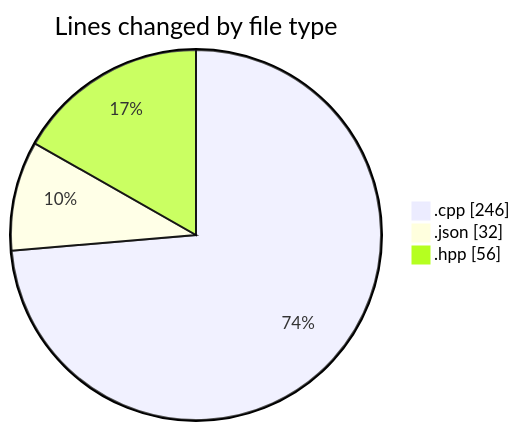
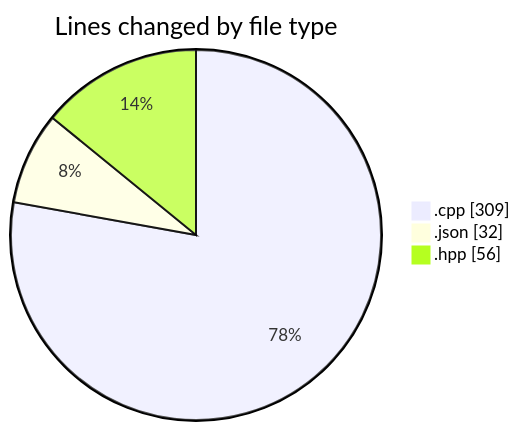
The first of 2 diagrams in 2025-04-28/date/README.md (Netris89/code-tracking), drawn with Mermaid before and after one commit. The commit also changed other lines of this file and 1 other file, not shown here.

````diff
--- a/2025-04-28/date/README.md
+++ b/2025-04-28/date/README.md
@@ -22,7 +22,7 @@
 ```mermaid
 pie showData
 title Lines changed by file type
-".cpp" : 246
+".cpp" : 309
 ".json" : 32
 ".hpp" : 56
 ```
````
